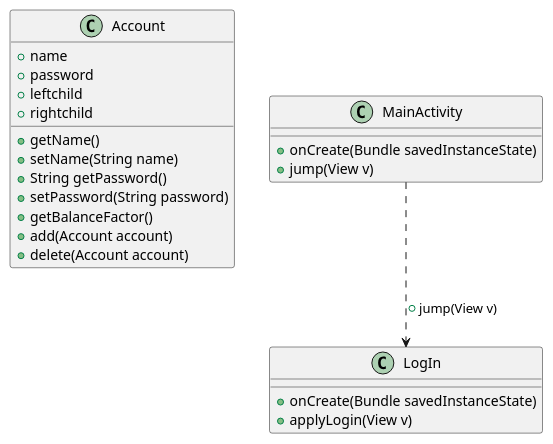
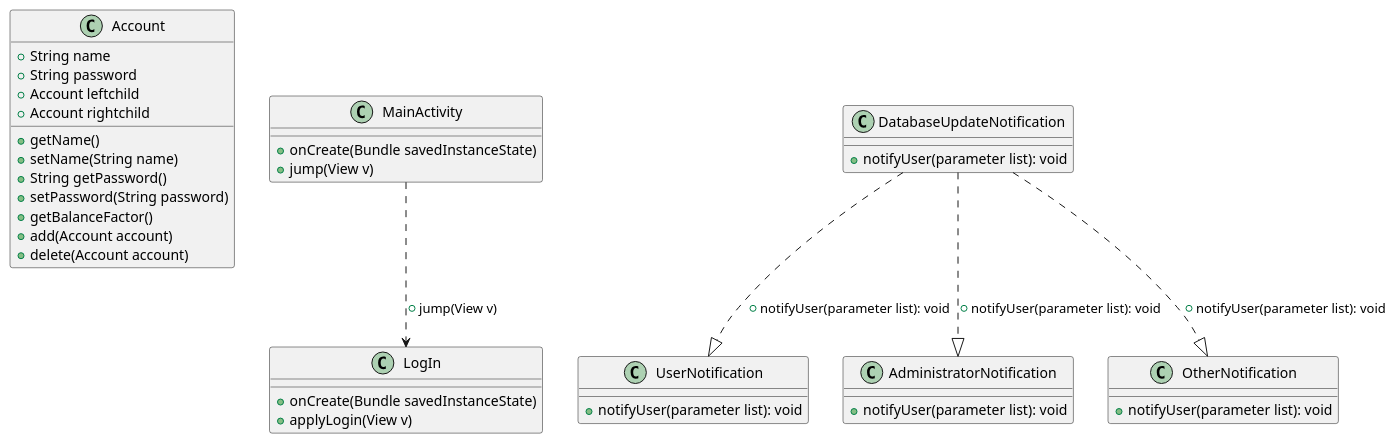
The diagram in Forum/app/src/main/res/xml/Overview.puml (MaxwellJia/rental_app), drawn with PlantUML before and after one commit. The commit also changed 5 other files, not shown here.

Commit message:
Commit some normal UML

```diff
--- a/Forum/app/src/main/res/xml/Overview.puml
+++ b/Forum/app/src/main/res/xml/Overview.puml
@@ -1,31 +1,53 @@
 @startuml
 'https://plantuml.com/class-diagram
 
+'Entrance of app
 class Account {
-+ name
-+ password
-+ leftchild
-+ rightchild
++ String name
++ String password
++ Account leftchild
++ Account rightchild
 
 + getName()
 + setName(String name)
 + String getPassword()
 + setPassword(String password)
 + getBalanceFactor()
 + add(Account account)
 + delete(Account account)
 }
 
 class MainActivity{
 + onCreate(Bundle savedInstanceState)
 + jump(View v)
 }
 
 class LogIn{
 + onCreate(Bundle savedInstanceState)
 + applyLogin(View v)
 }
 
 MainActivity ..> LogIn: + jump(View v)
 
+
+'Cloud Database notification or update
+class DatabaseUpdateNotification {
++ notifyUser(parameter list): void
+}
+
+class UserNotification{
++ notifyUser(parameter list): void
+}
+
+class AdministratorNotification{
++ notifyUser(parameter list): void
+}
+
+class OtherNotification{
++ notifyUser(parameter list): void
+}
+
+DatabaseUpdateNotification ..|> UserNotification: + notifyUser(parameter list): void
+DatabaseUpdateNotification ..|> AdministratorNotification: + notifyUser(parameter list): void
+DatabaseUpdateNotification ..|> OtherNotification: + notifyUser(parameter list): void
 @enduml
```
